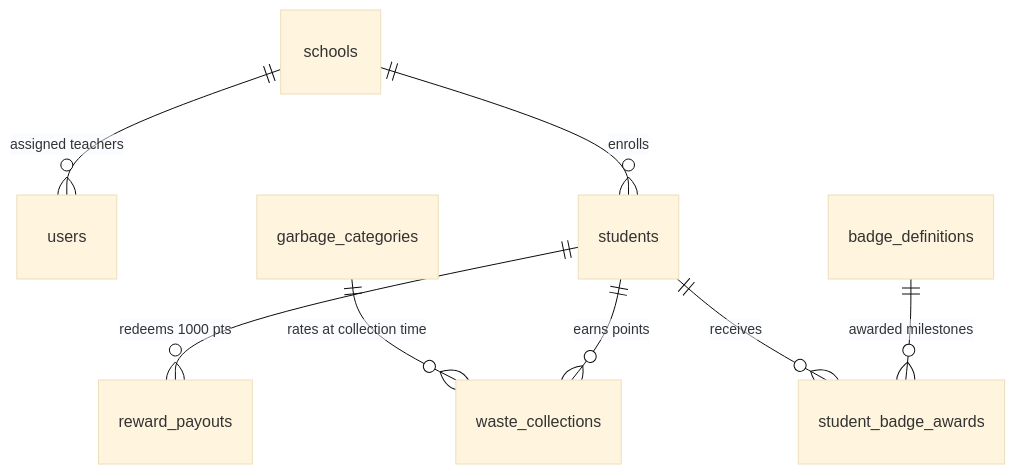
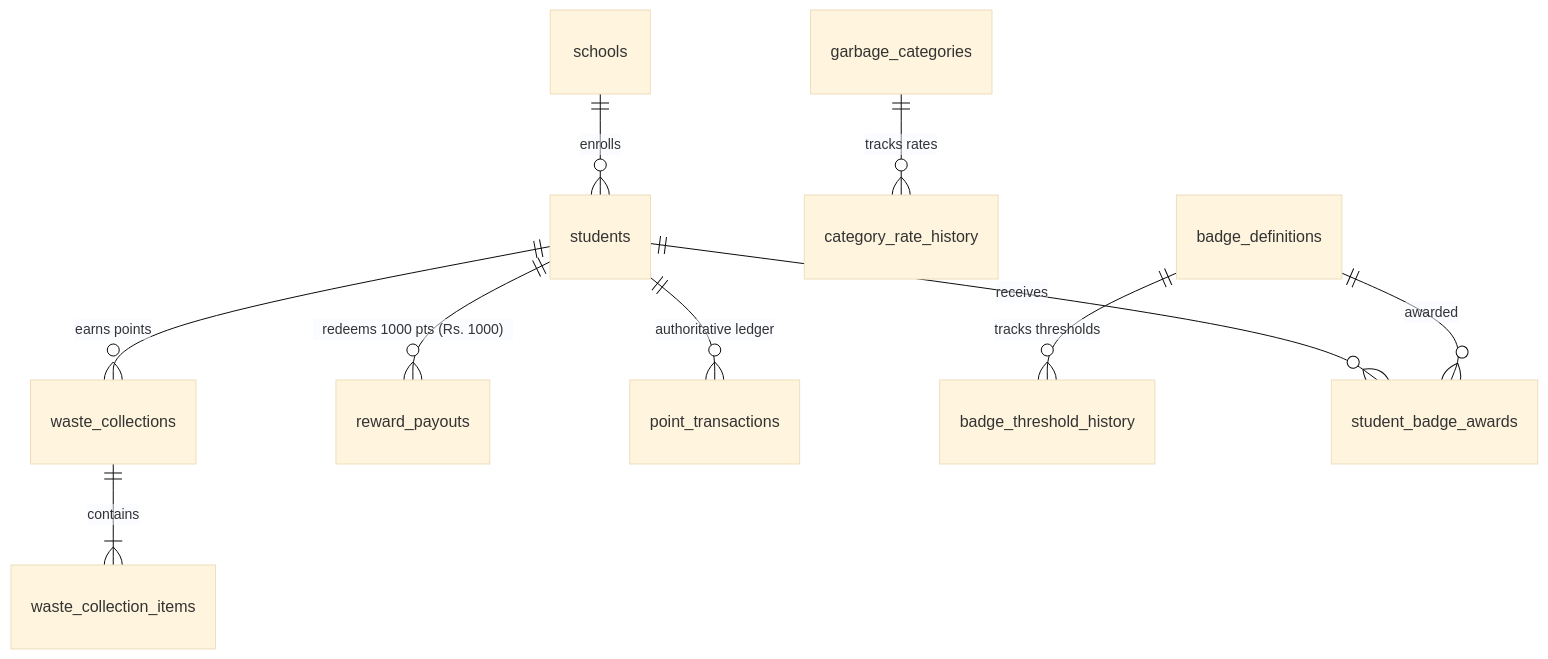
Before and after one commit to Manusha-Sathsara/Urban-Services-Portal-Balangoda-USPB-: the second of 2 diagrams in documentation/DATABASE_ERD.md, drawn with Mermaid (base theme). The commit also changed other lines of this file and 6 other files, not shown here.

Commit message:
feat(schoolrewards): build unslop-guided Teacher Workspace for students, collections, and 1000-pt payouts

````diff
--- a/documentation/DATABASE_ERD.md
+++ b/documentation/DATABASE_ERD.md
@@ -61,10 +61,12 @@
 ```mermaid
 erDiagram
-    schools ||--o{ users : "assigned teachers"
     schools ||--o{ students : "enrolls"
     students ||--o{ waste_collections : "earns points"
-    garbage_categories ||--o{ waste_collections : "rates at collection time"
-    students ||--o{ reward_payouts : "redeems 1000 pts"
-    badge_definitions ||--o{ student_badge_awards : "awarded milestones"
+    waste_collections ||--|{ waste_collection_items : "contains"
+    garbage_categories ||--o{ category_rate_history : "tracks rates"
+    students ||--o{ reward_payouts : "redeems 1000 pts (Rs. 1000)"
+    students ||--o{ point_transactions : "authoritative ledger"
+    badge_definitions ||--o{ badge_threshold_history : "tracks thresholds"
     students ||--o{ student_badge_awards : "receives"
+    badge_definitions ||--o{ student_badge_awards : "awarded"
 ```
````
